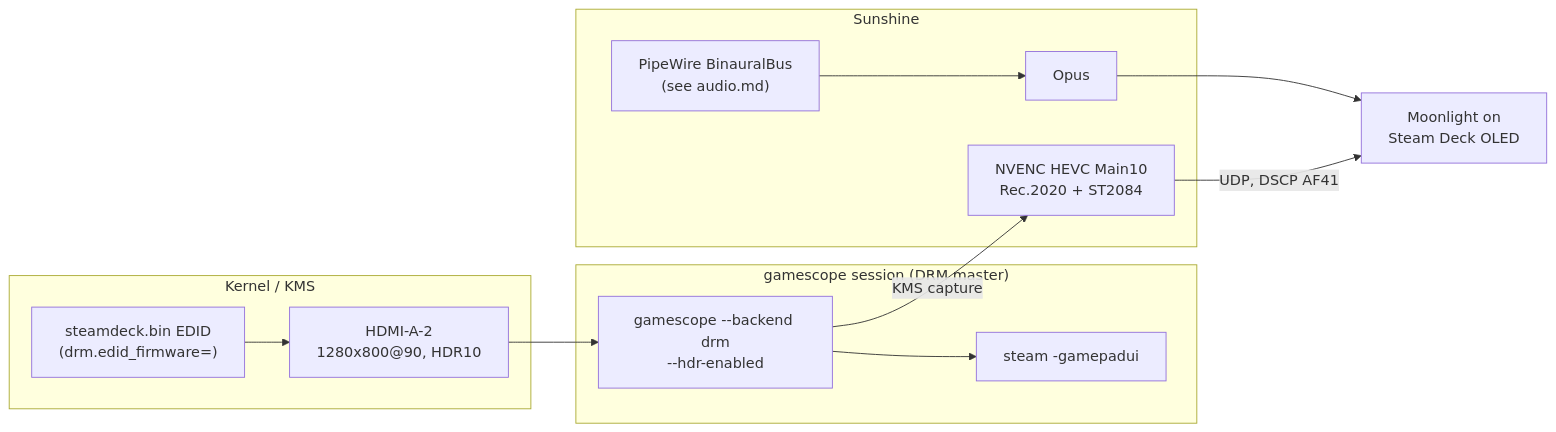
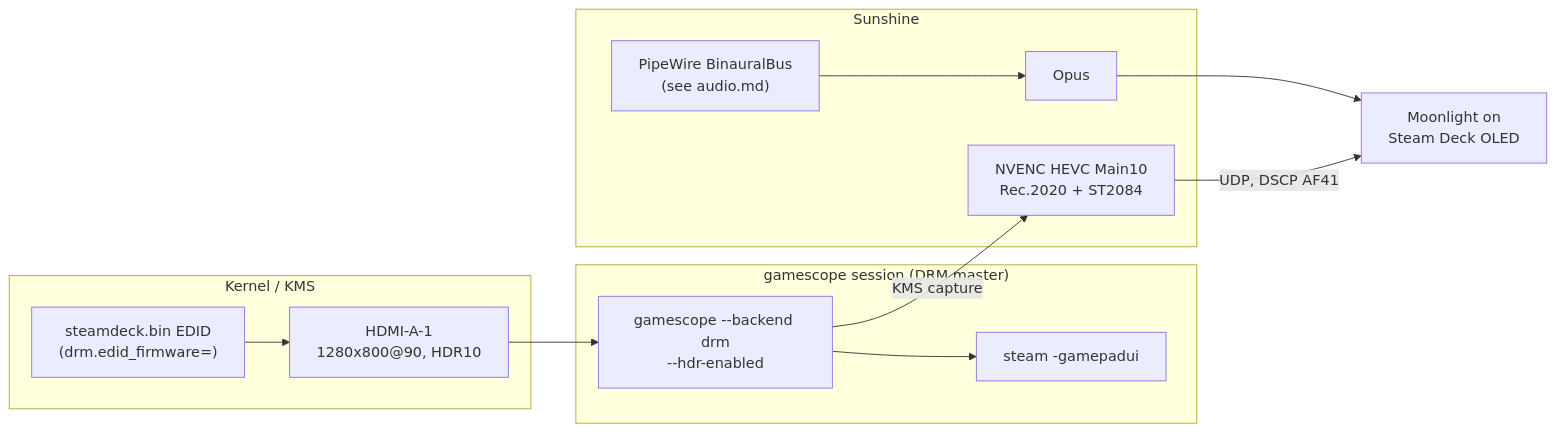
Before and after one commit to kaievns/gpu-node: the diagram in docs/streaming.md, drawn with Mermaid. The commit also changed other lines of this file and 24 other files, not shown here.

Commit message:
RTX 5080 re-baseline: HDMI-A-1 EDID target, gpu-profile v4.0 (PL=card max, no clock lock), rtx5080 label/nodeSelectors, dashboard 16GB/360W, fix dcgm counters CSV (4-field line crashed exporter)

````diff
--- a/docs/streaming.md
+++ b/docs/streaming.md
@@ -12,16 +12,16 @@
 ```mermaid
 flowchart LR
     subgraph kernel ["Kernel / KMS"]
-        EDID["steamdeck.bin EDID<br/>(drm.edid_firmware=)"] --> CONN["HDMI-A-2<br/>1280x800@90, HDR10"]
+        EDID["steamdeck.bin EDID<br/>(drm.edid_firmware=)"] --> CONN["HDMI-A-1<br/>1280x800@90, HDR10"]
     end
     subgraph session ["gamescope session (DRM master)"]
         CONN --> GS["gamescope --backend drm<br/>--hdr-enabled"]
         GS --> STEAM["steam -gamepadui"]
     end
     subgraph sunshine ["Sunshine"]
         GS -->|KMS capture| ENC["NVENC HEVC Main10<br/>Rec.2020 + ST2084"]
         PW["PipeWire BinauralBus<br/>(see audio.md)"] --> OPUS["Opus"]
     end
     ENC -->|"UDP, DSCP AF41"| DECK["Moonlight on<br/>Steam Deck OLED"]
     OPUS --> DECK
 ```
````
